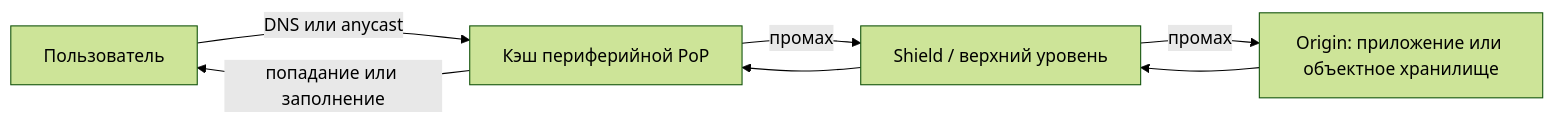
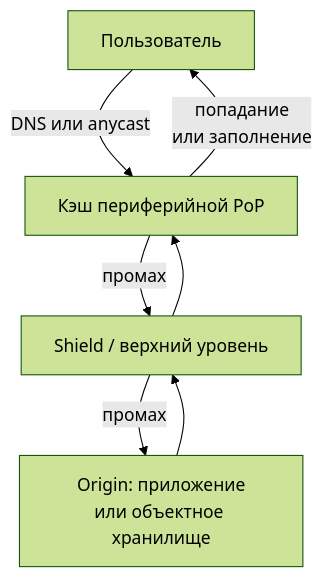
The diagram in src/content/docs/ru/traffic/cdn.mdx (butyavk/system-design), drawn with Mermaid (forest theme) before and after one commit. The commit also changed 144 other files, not shown here.

````diff
--- a/src/content/docs/ru/traffic/cdn.mdx
+++ b/src/content/docs/ru/traffic/cdn.mdx
@@ -21,9 +21,9 @@
 ```mermaid
-flowchart LR
+flowchart TB
   user["Пользователь"] -->|"DNS или anycast"| edge["Кэш периферийной PoP"]
   edge -->|"промах"| shield["Shield / верхний уровень"]
-  shield -->|"промах"| origin["Origin: приложение или объектное хранилище"]
+  shield -->|"промах"| origin["Origin: приложение<br/>или объектное хранилище"]
   origin --> shield
   shield --> edge
-  edge -->|"попадание или заполнение"| user
+  edge -->|"попадание<br/>или заполнение"| user
 ```
````
